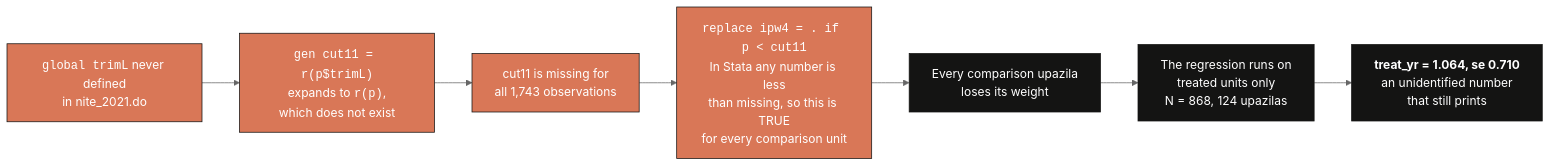
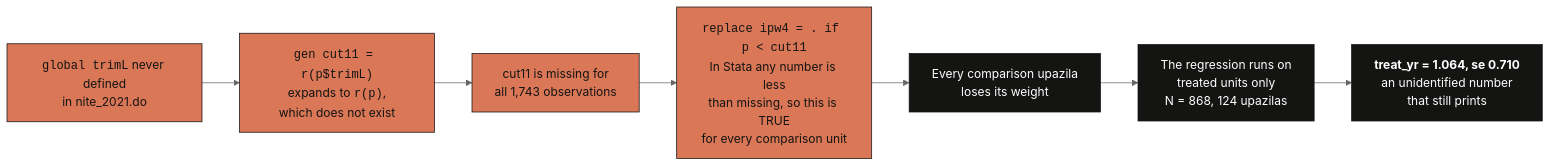
One commit to cmg777/starter-academic-v501 changed the fifth of 5 diagrams in content/post/python_bridge_impact/index.md. Above: the diagram before and after it, drawn with Mermaid (neutral theme). The commit also changed other lines of this file and 67 other files, not shown here.

First line of the commit message:
fix(mermaid): readable diagram text in both themes across the site

````diff
--- a/content/post/python_bridge_impact/index.md
+++ b/content/post/python_bridge_impact/index.md
@@ -1552,17 +1554,17 @@
 ```mermaid
 graph LR
     A["<code>global trimL</code> never defined<br/>in nite_2021.do"] --> B["<code>gen cut11 = r(p$trimL)</code><br/>expands to <code>r(p)</code>,<br/>which does not exist"]
     B --> C["cut11 is missing for<br/>all 1,743 observations"]
     C --> D["<code>replace ipw4 = . if p &lt; cut11</code><br/>In Stata any number is less<br/>than missing, so this is TRUE<br/>for every comparison unit"]
     D --> E["Every comparison upazila<br/>loses its weight"]
     E --> F["The regression runs on<br/>treated units only<br/>N = 868, 124 upazilas"]
     F --> G["<b>treat_yr = 1.064, se 0.710</b><br/>an unidentified number<br/>that still prints"]
 
-    style A fill:#d97757,stroke:#141413,color:#fff
-    style B fill:#d97757,stroke:#141413,color:#fff
-    style C fill:#d97757,stroke:#141413,color:#fff
-    style D fill:#d97757,stroke:#141413,color:#fff
+    style A fill:#d97757,stroke:#141413,color:#141413
+    style B fill:#d97757,stroke:#141413,color:#141413
+    style C fill:#d97757,stroke:#141413,color:#141413
+    style D fill:#d97757,stroke:#141413,color:#141413
     style E fill:#141413,stroke:#141413,color:#fff
     style F fill:#141413,stroke:#141413,color:#fff
     style G fill:#141413,stroke:#141413,color:#fff
 ```
````
